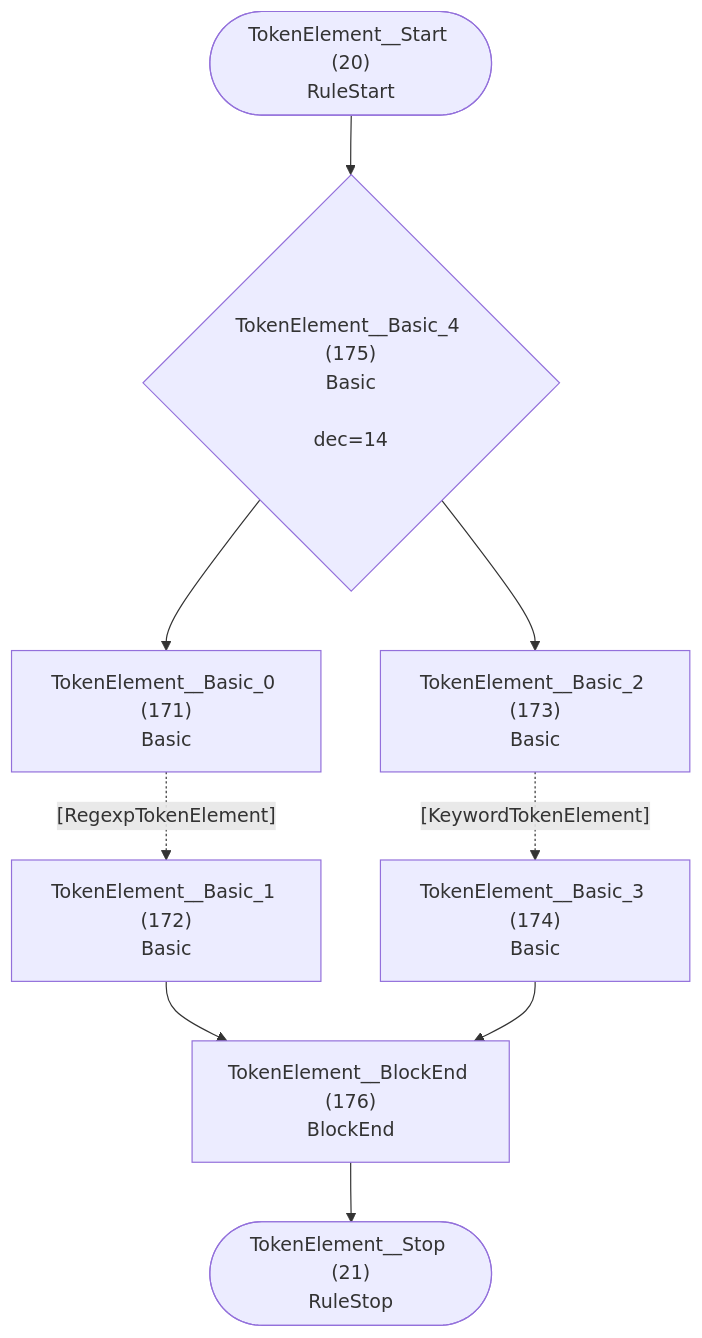
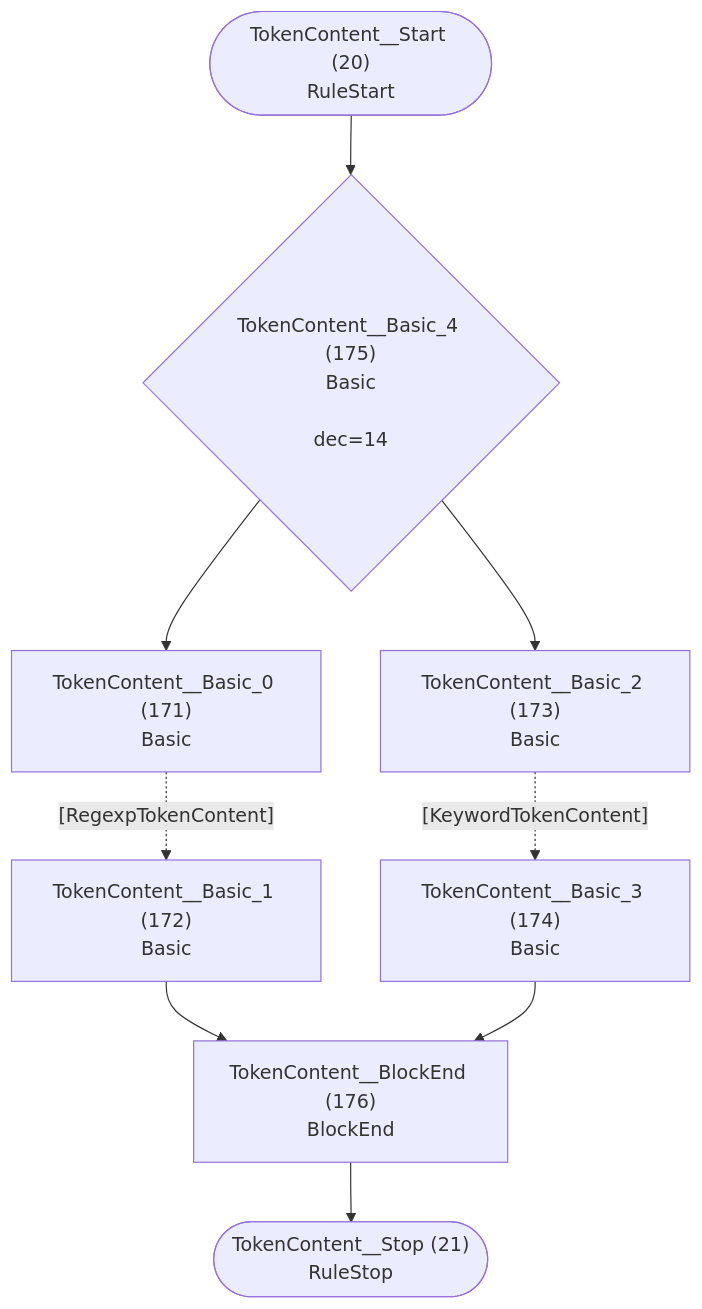
Diagram 11 of 37 in internal/grammar/atn.md (TypeFox/fastbelt), drawn with Mermaid before and after one commit. The commit also changed other lines of this file and 9 other files, not shown here.

````diff
--- a/internal/grammar/atn.md
+++ b/internal/grammar/atn.md
@@ -320,20 +320,20 @@
 ```mermaid
 flowchart TD
-    q20(["TokenElement__Start (20)<br/>RuleStart"])
-    q21(["TokenElement__Stop (21)<br/>RuleStop"])
-    q171["TokenElement__Basic_0 (171)<br/>Basic<br/>"]
-    q172["TokenElement__Basic_1 (172)<br/>Basic<br/>"]
-    q173["TokenElement__Basic_2 (173)<br/>Basic<br/>"]
-    q174["TokenElement__Basic_3 (174)<br/>Basic<br/>"]
-    q175{"TokenElement__Basic_4 (175)<br/>Basic<br/><br/>dec=14"}
-    q176["TokenElement__BlockEnd (176)<br/>BlockEnd<br/>"]
+    q20(["TokenContent__Start (20)<br/>RuleStart"])
+    q21(["TokenContent__Stop (21)<br/>RuleStop"])
+    q171["TokenContent__Basic_0 (171)<br/>Basic<br/>"]
+    q172["TokenContent__Basic_1 (172)<br/>Basic<br/>"]
+    q173["TokenContent__Basic_2 (173)<br/>Basic<br/>"]
+    q174["TokenContent__Basic_3 (174)<br/>Basic<br/>"]
+    q175{"TokenContent__Basic_4 (175)<br/>Basic<br/><br/>dec=14"}
+    q176["TokenContent__BlockEnd (176)<br/>BlockEnd<br/>"]
 
     q20 --> q175
-    q171 -.->|"[RegexpTokenElement]"| q172
+    q171 -.->|"[RegexpTokenContent]"| q172
     q172 --> q176
-    q173 -.->|"[KeywordTokenElement]"| q174
+    q173 -.->|"[KeywordTokenContent]"| q174
     q174 --> q176
     q175 --> q171
     q175 --> q173
     q176 --> q21
 ```
````
